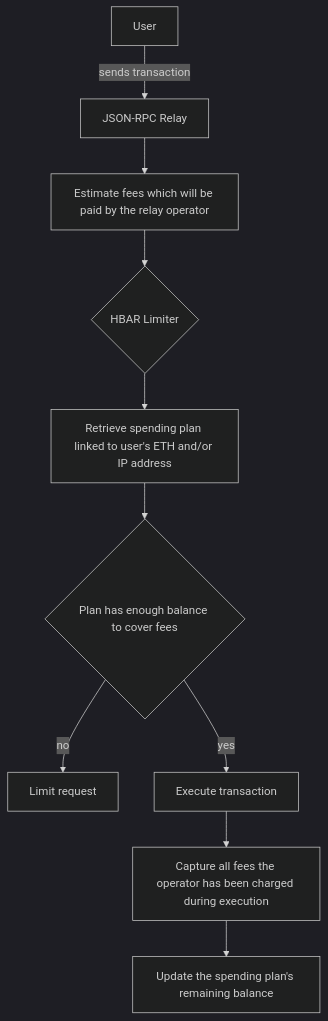
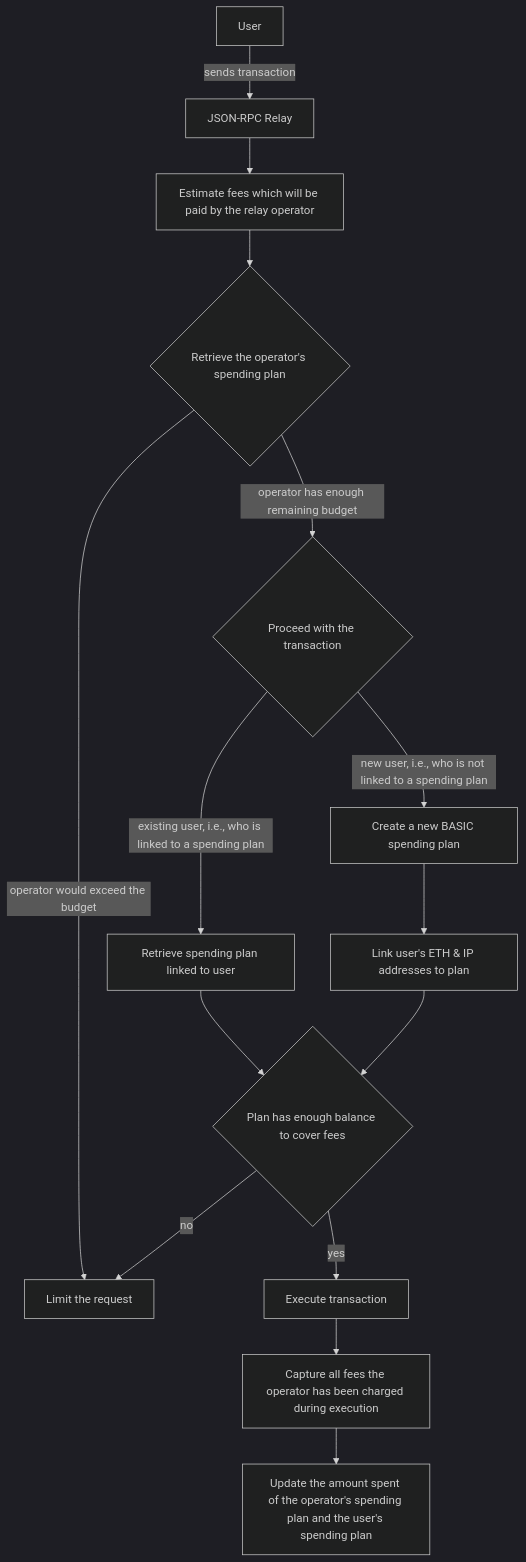
Before and after one commit to async-knightbgt7/hiero-json-rpc-relay: the second of 4 diagrams in docs/design/hbar-limiter.md, drawn with Mermaid (dark theme). The commit also changed other lines of this file, not shown here.

Commit message:
docs: update `hbar-limiter.md` with information about `OPERATOR` plans (#3338)

````diff
--- a/docs/design/hbar-limiter.md
+++ b/docs/design/hbar-limiter.md
@@ -128,12 +132,17 @@
 ```mermaid
 flowchart TD
     A[User] -->|sends transaction| B[JSON-RPC Relay]
     B --> C[Estimate fees which will be paid by the relay operator]
-    C --> D{HBAR Limiter}
-    D --> E[Retrieve spending plan linked to user's ETH and/or IP address]
-    E --> F{Plan has enough balance to cover fees}
-    F --> |no| G[Limit request]
-    F --> |yes| H[Execute transaction]
-    H --> I[Capture all fees the operator has been charged during execution]
-    I --> J[Update the spending plan's remaining balance]
+    C --> D{Retrieve the operator's spending plan}
+    D --> |operator has enough remaining budget| F{Proceed with the transaction}
+    D --> |operator would exceed the budget| I[Limit the request]
+    F -->|new user, i.e., who is not linked to a spending plan| G[Create a new BASIC spending plan]
+    G --> H[Link user's ETH & IP addresses to plan]
+    F -->|existing user, i.e., who is linked to a spending plan| I2[Retrieve spending plan linked to user]
+    I2 --> J{Plan has enough balance to cover fees}
+    H --> J
+    J --> |no| I[Limit the request]
+    J --> |yes| K[Execute transaction]
+    K --> L[Capture all fees the operator has been charged during execution]
+    L --> M[Update the amount spent of the operator's spending plan and the user's spending plan]
 ```
````
